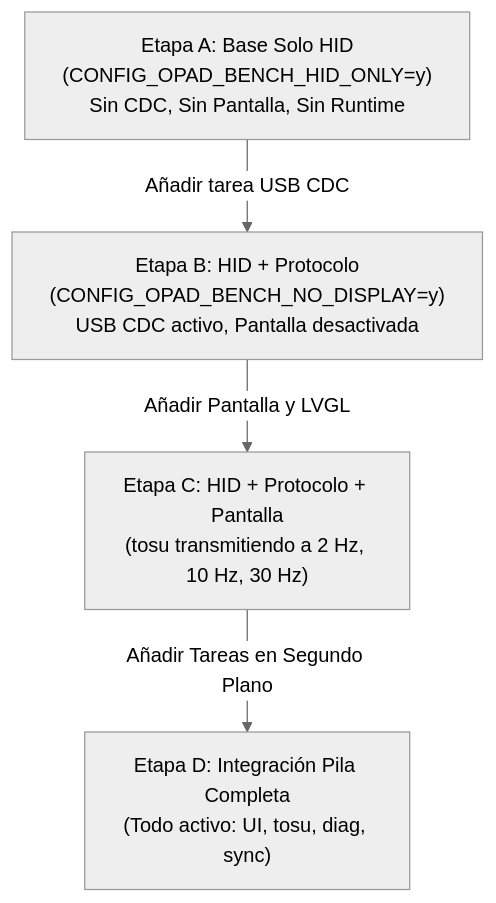
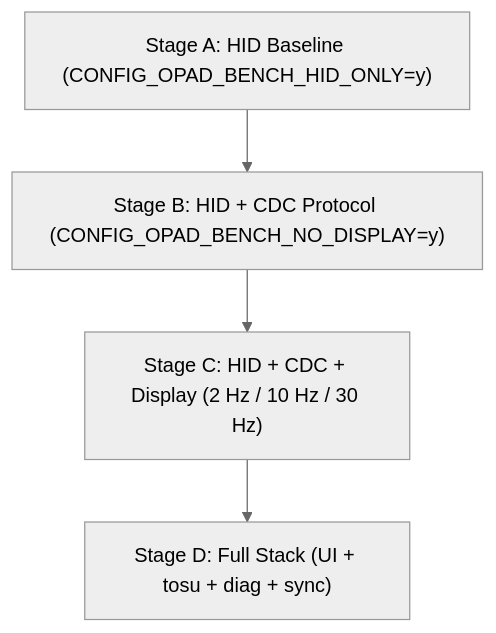
One commit to OPad-dev/OPad changed the diagram in docs/es/develop/latency-testing.md. Above: the diagram before and after it, drawn with Mermaid (neutral theme). The commit also changed other lines of this file and 1 other file, not shown here.

First line of the commit message:
docs(es/develop): sync and verify latency-testing against English

````diff
--- a/docs/es/develop/latency-testing.md
+++ b/docs/es/develop/latency-testing.md
@@ -48,11 +26,9 @@
 ```mermaid
 flowchart TD
-    StageA["Etapa A: Base Solo HID\n(CONFIG_OPAD_BENCH_HID_ONLY=y)\nSin CDC, Sin Pantalla, Sin Runtime"]
-    StageB["Etapa B: HID + Protocolo\n(CONFIG_OPAD_BENCH_NO_DISPLAY=y)\nUSB CDC activo, Pantalla desactivada"]
-    StageC["Etapa C: HID + Protocolo + Pantalla\n(tosu transmitiendo a 2 Hz, 10 Hz, 30 Hz)"]
-    StageD["Etapa D: Integración Pila Completa\n(Todo activo: UI, tosu, diag, sync)"]
+    StageA["Stage A: HID Baseline (CONFIG_OPAD_BENCH_HID_ONLY=y)"]
+    StageB["Stage B: HID + CDC Protocol (CONFIG_OPAD_BENCH_NO_DISPLAY=y)"]
+    StageC["Stage C: HID + CDC + Display (2 Hz / 10 Hz / 30 Hz)"]
+    StageD["Stage D: Full Stack (UI + tosu + diag + sync)"]
 
-    StageA -->|Añadir tarea USB CDC| StageB
-    StageB -->|Añadir Pantalla y LVGL| StageC
-    StageC -->|Añadir Tareas en Segundo Plano| StageD
+    StageA --> StageB --> StageC --> StageD
 ```
````
